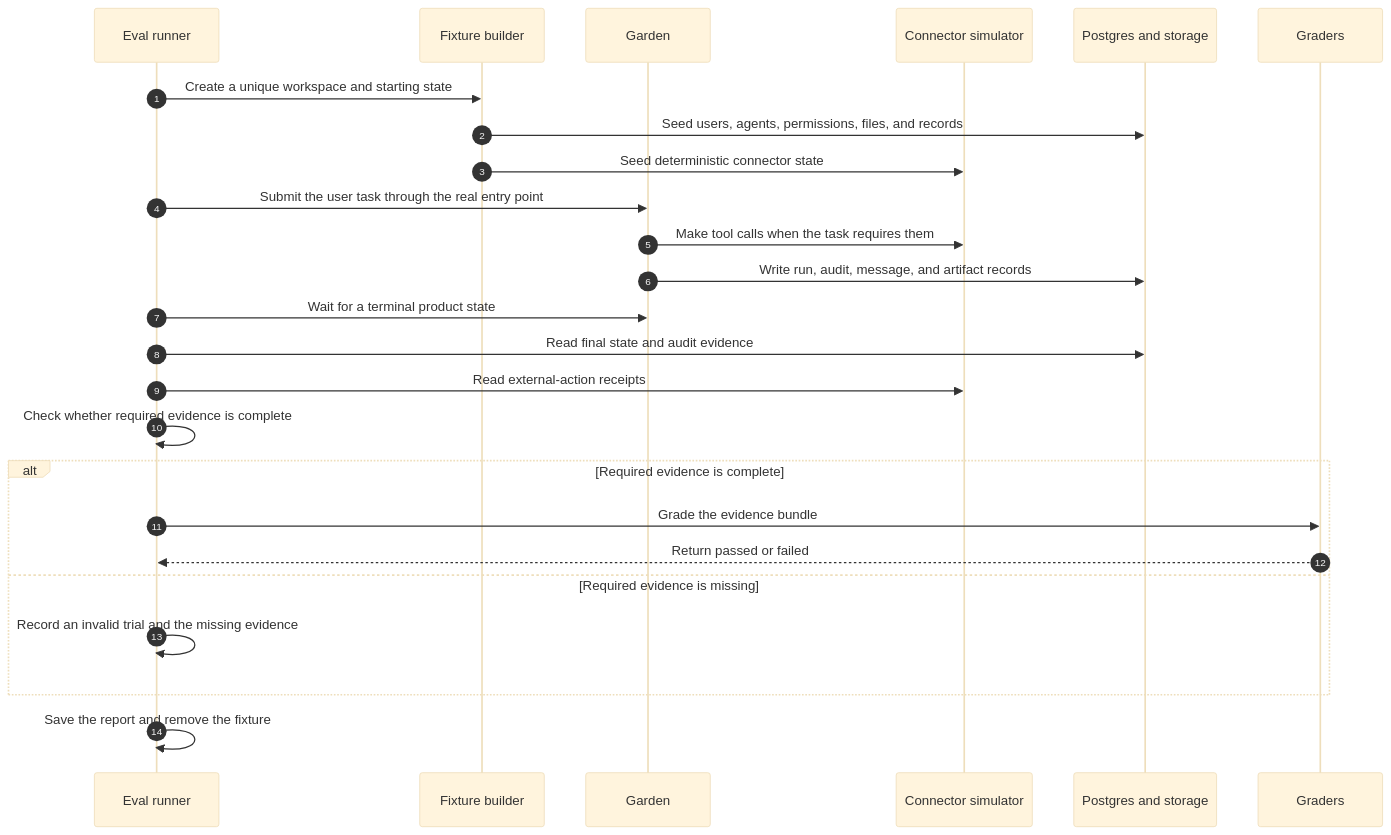
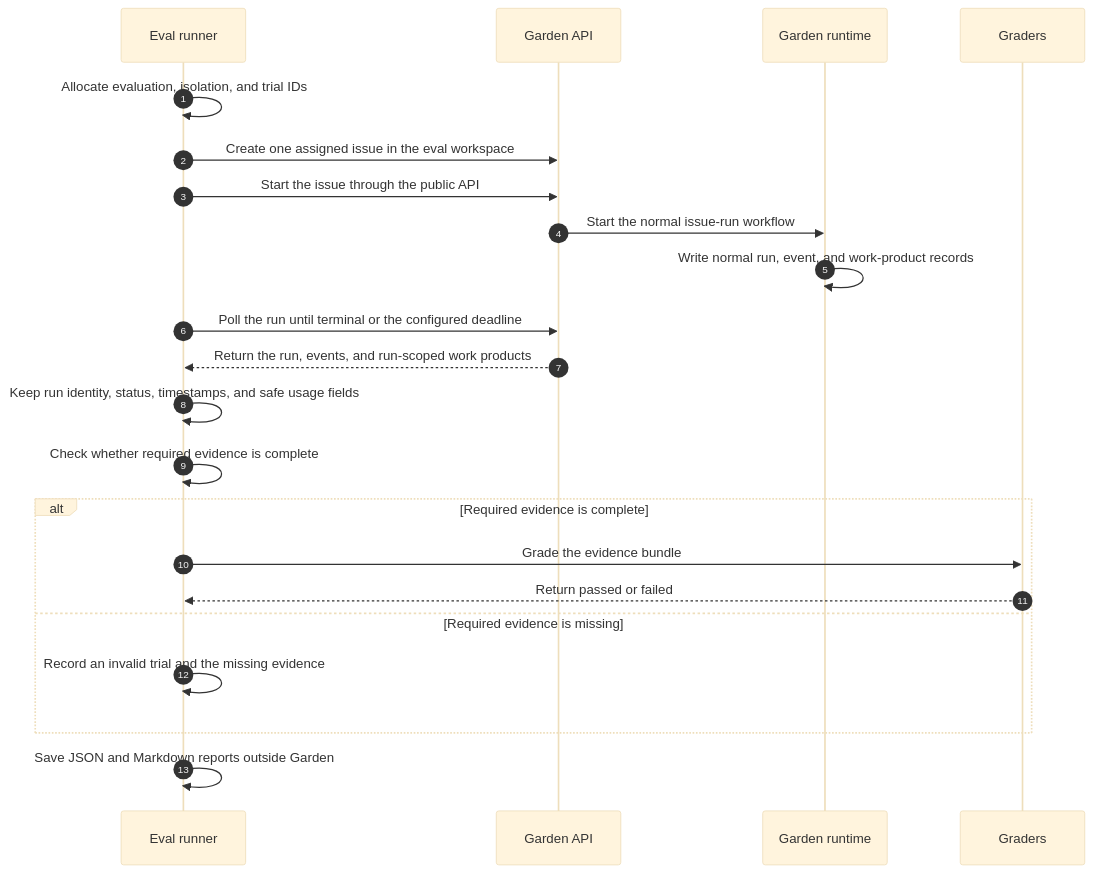
The third of 9 diagrams in docs/features/evaluation-system-design.md (Flow-Research/garden), drawn with Mermaid (base theme) before and after one commit. The commit also changed other lines of this file and 13 other files, not shown here.

Commit message:
feat(evals): run issue-run status trials

````diff
--- a/docs/features/evaluation-system-design.md
+++ b/docs/features/evaluation-system-design.md
@@ -146,28 +147,25 @@
 ```mermaid
 sequenceDiagram
   autonumber
   participant R as Eval runner
-  participant F as Fixture builder
-  participant G as Garden
-  participant C as Connector simulator
-  participant D as Postgres and storage
+  participant A as Garden API
+  participant G as Garden runtime
   participant X as Graders
 
-  R->>F: Create a unique workspace and starting state
-  F->>D: Seed users, agents, permissions, files, and records
-  F->>C: Seed deterministic connector state
-  R->>G: Submit the user task through the real entry point
-  G->>C: Make tool calls when the task requires them
-  G->>D: Write run, audit, message, and artifact records
-  R->>G: Wait for a terminal product state
-  R->>D: Read final state and audit evidence
-  R->>C: Read external-action receipts
+  R->>R: Allocate evaluation, isolation, and trial IDs
+  R->>A: Create one assigned issue in the eval workspace
+  R->>A: Start the issue through the public API
+  A->>G: Start the normal issue-run workflow
+  G->>G: Write normal run, event, and work-product records
+  R->>A: Poll the run until terminal or the configured deadline
+  A-->>R: Return the run, events, and run-scoped work products
+  R->>R: Keep run identity, status, timestamps, and safe usage fields
   R->>R: Check whether required evidence is complete
   alt Required evidence is complete
     R->>X: Grade the evidence bundle
     X-->>R: Return passed or failed
   else Required evidence is missing
     R->>R: Record an invalid trial and the missing evidence
   end
-  R->>R: Save the report and remove the fixture
+  R->>R: Save JSON and Markdown reports outside Garden
 ```
````
